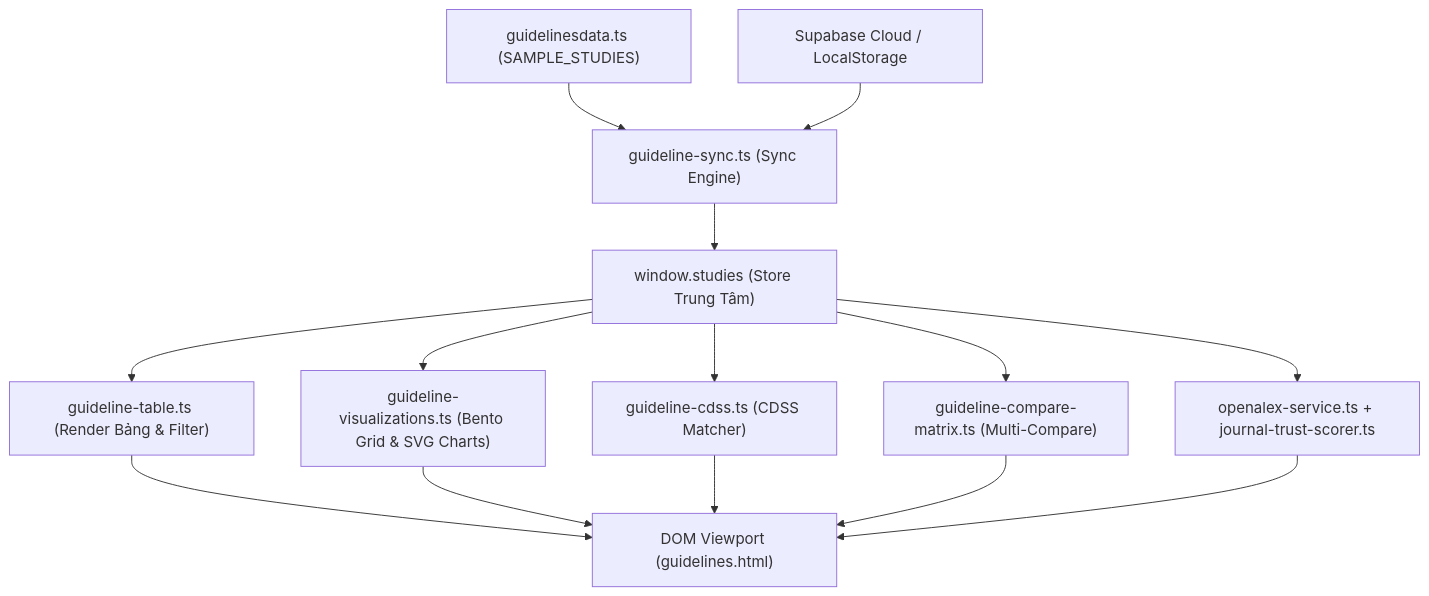
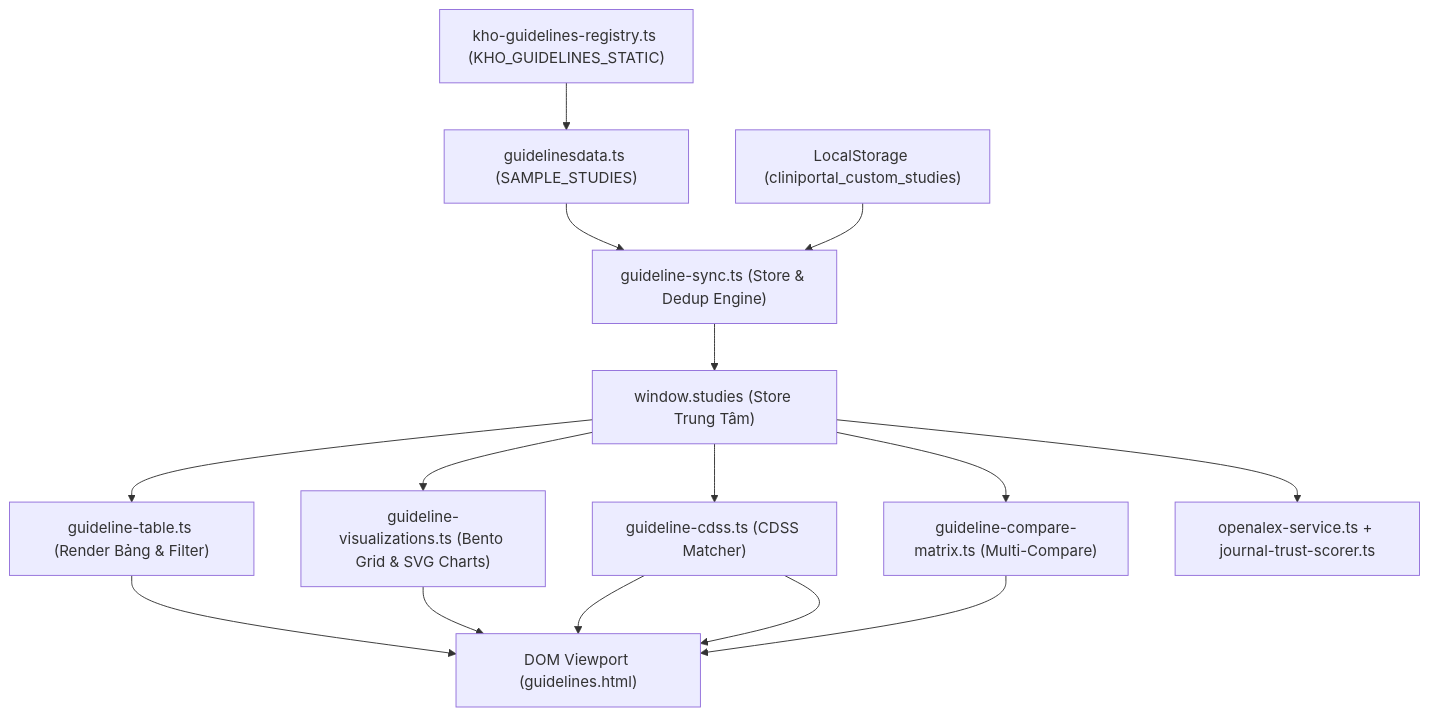
The diagram in src/content/ebm/guidelines/operations.md (DrYooDong/Apps_ykhoa), drawn with Mermaid before and after one commit. The commit also changed other lines of this file and 37 other files, not shown here.

````diff
--- a/src/content/ebm/guidelines/operations.md
+++ b/src/content/ebm/guidelines/operations.md
@@ -52,17 +54,18 @@
 ```mermaid
 graph TD
-    A["guidelinesdata.ts (SAMPLE_STUDIES)"] --> B["guideline-sync.ts (Sync Engine)"]
-    C["Supabase Cloud / LocalStorage"] --> B
-    B --> D["window.studies (Store Trung Tâm)"]
-    D --> E["guideline-table.ts (Render Bảng & Filter)"]
-    D --> F["guideline-visualizations.ts (Bento Grid & SVG Charts)"]
-    D --> G["guideline-cdss.ts (CDSS Matcher)"]
-    D --> H["guideline-compare-matrix.ts (Multi-Compare)"]
-    D --> I["openalex-service.ts + journal-trust-scorer.ts"]
+    A["kho-guidelines-registry.ts (KHO_GUIDELINES_STATIC)"] --> B["guidelinesdata.ts (SAMPLE_STUDIES)"]
+    B --> C["guideline-sync.ts (Store & Dedup Engine)"]
+    D["LocalStorage (cliniportal_custom_studies)"] --> C
+    C --> E["window.studies (Store Trung Tâm)"]
+    E --> F["guideline-table.ts (Render Bảng & Filter)"]
+    E --> G["guideline-visualizations.ts (Bento Grid & SVG Charts)"]
+    E --> H["guideline-cdss.ts (CDSS Matcher)"]
+    E --> I["guideline-compare-matrix.ts (Multi-Compare)"]
+    E --> K["openalex-service.ts + journal-trust-scorer.ts"]
     
-    E --> J["DOM Viewport (guidelines.html)"]
-    F --> J
+    F --> J["DOM Viewport (guidelines.html)"]
     G --> J
+    H --> J
     H --> J
     I --> J
 ```
````
